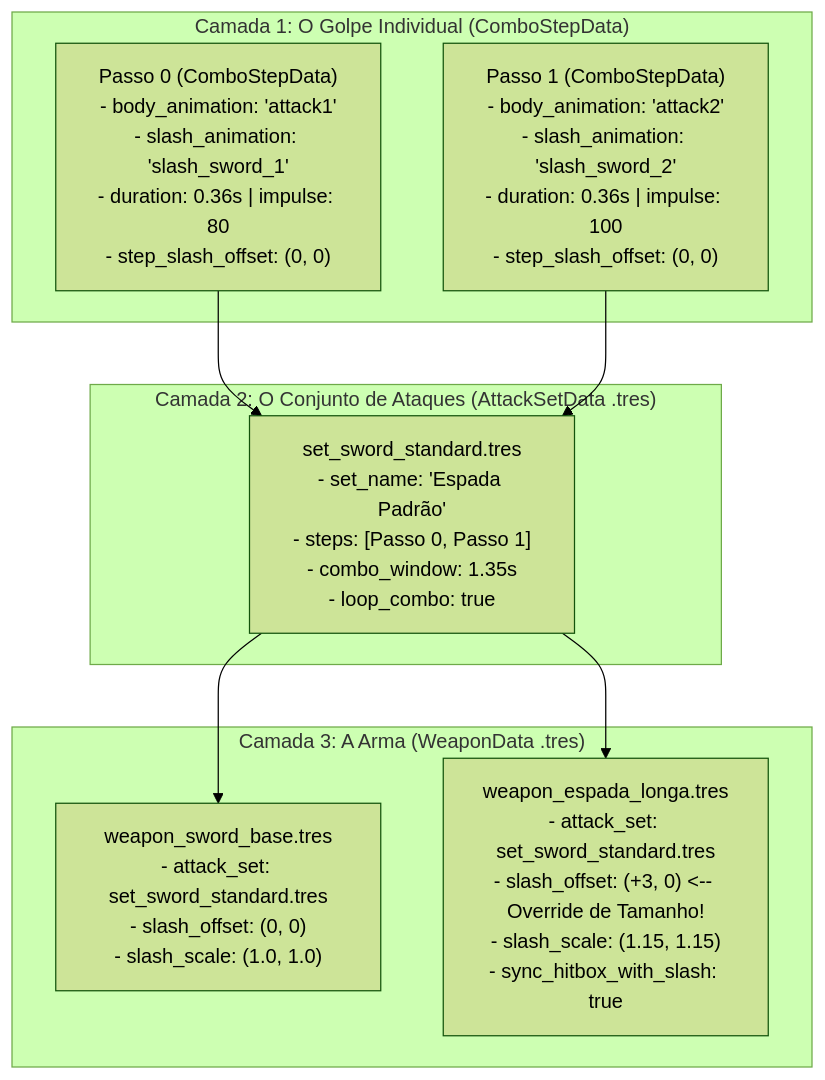
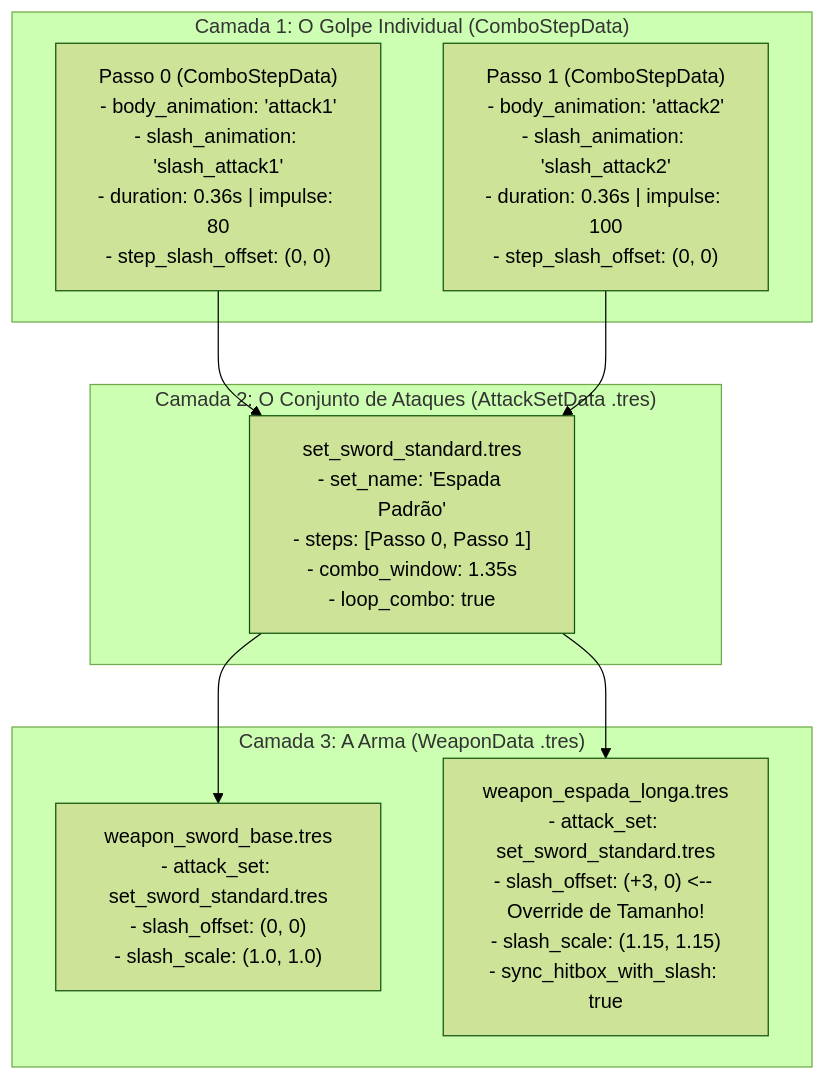
One commit to Theadrill/Godot-Roguelike-Prototype changed the diagram in docs/ARQUITETURA_ATTACK_SETS_E_SLASHES.md. Above: the diagram before and after it, drawn with Mermaid (forest theme). The commit also changed other lines of this file and 12 other files, not shown here.

Commit message:
refactor(combat): rename slash_sword* animations to generic slash_attack* names

````diff
--- a/docs/ARQUITETURA_ATTACK_SETS_E_SLASHES.md
+++ b/docs/ARQUITETURA_ATTACK_SETS_E_SLASHES.md
@@ -46,21 +46,21 @@
 ```mermaid
 flowchart TD
     subgraph Camada1["Camada 1: O Golpe Individual (ComboStepData)"]
-        Step1["Passo 0 (ComboStepData)\n- body_animation: 'attack1'\n- slash_animation: 'slash_sword_1'\n- duration: 0.36s | impulse: 80\n- step_slash_offset: (0, 0)"]
-        Step2["Passo 1 (ComboStepData)\n- body_animation: 'attack2'\n- slash_animation: 'slash_sword_2'\n- duration: 0.36s | impulse: 100\n- step_slash_offset: (0, 0)"]
+        Step1["Passo 0 (ComboStepData)\n- body_animation: 'attack1'\n- slash_animation: 'slash_attack1'\n- duration: 0.36s | impulse: 80\n- step_slash_offset: (0, 0)"]
+        Step2["Passo 1 (ComboStepData)\n- body_animation: 'attack2'\n- slash_animation: 'slash_attack2'\n- duration: 0.36s | impulse: 100\n- step_slash_offset: (0, 0)"]
     end
 
     subgraph Camada2["Camada 2: O Conjunto de Ataques (AttackSetData .tres)"]
         SetSword["set_sword_standard.tres\n- set_name: 'Espada Padrão'\n- steps: [Passo 0, Passo 1]\n- combo_window: 1.35s\n- loop_combo: true"]
     end
 
     subgraph Camada3["Camada 3: A Arma (WeaponData .tres)"]
         WeaponA["weapon_sword_base.tres\n- attack_set: set_sword_standard.tres\n- slash_offset: (0, 0)\n- slash_scale: (1.0, 1.0)"]
         WeaponB["weapon_espada_longa.tres\n- attack_set: set_sword_standard.tres\n- slash_offset: (+3, 0) <-- Override de Tamanho!\n- slash_scale: (1.15, 1.15)\n- sync_hitbox_with_slash: true"]
     end
 
     Step1 --> SetSword
     Step2 --> SetSword
     SetSword --> WeaponA
     SetSword --> WeaponB
 ```
````
